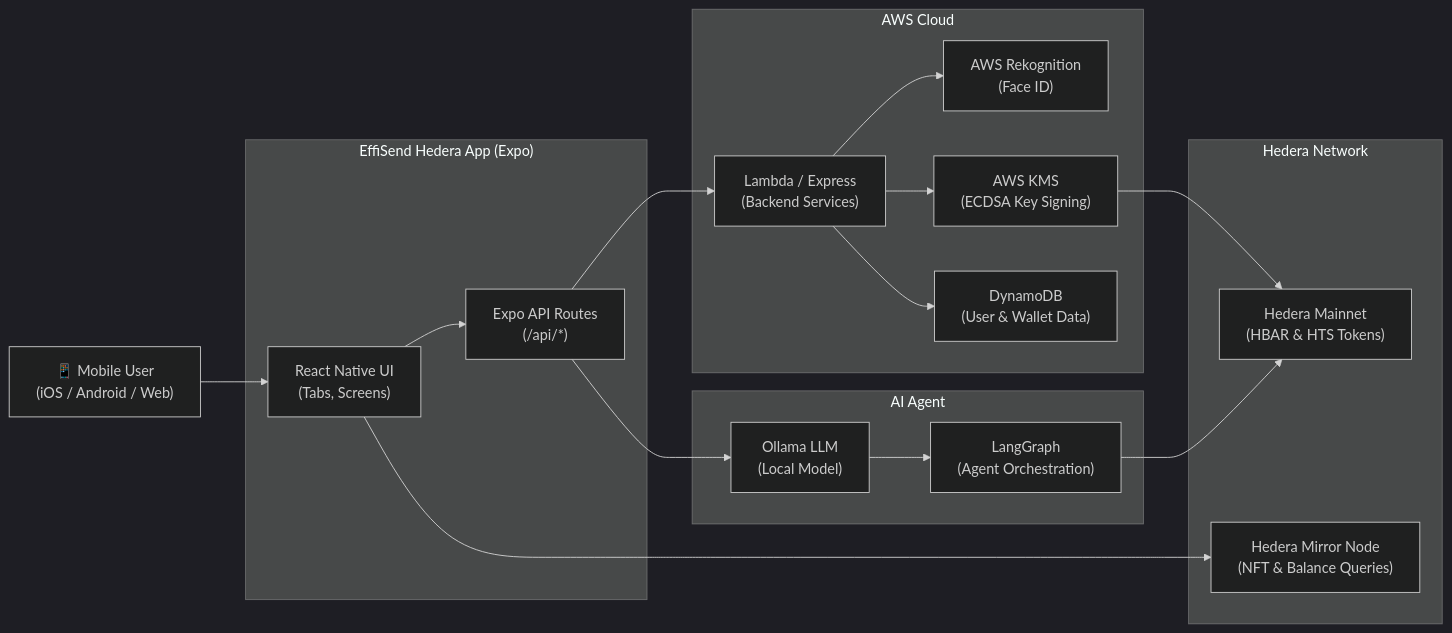
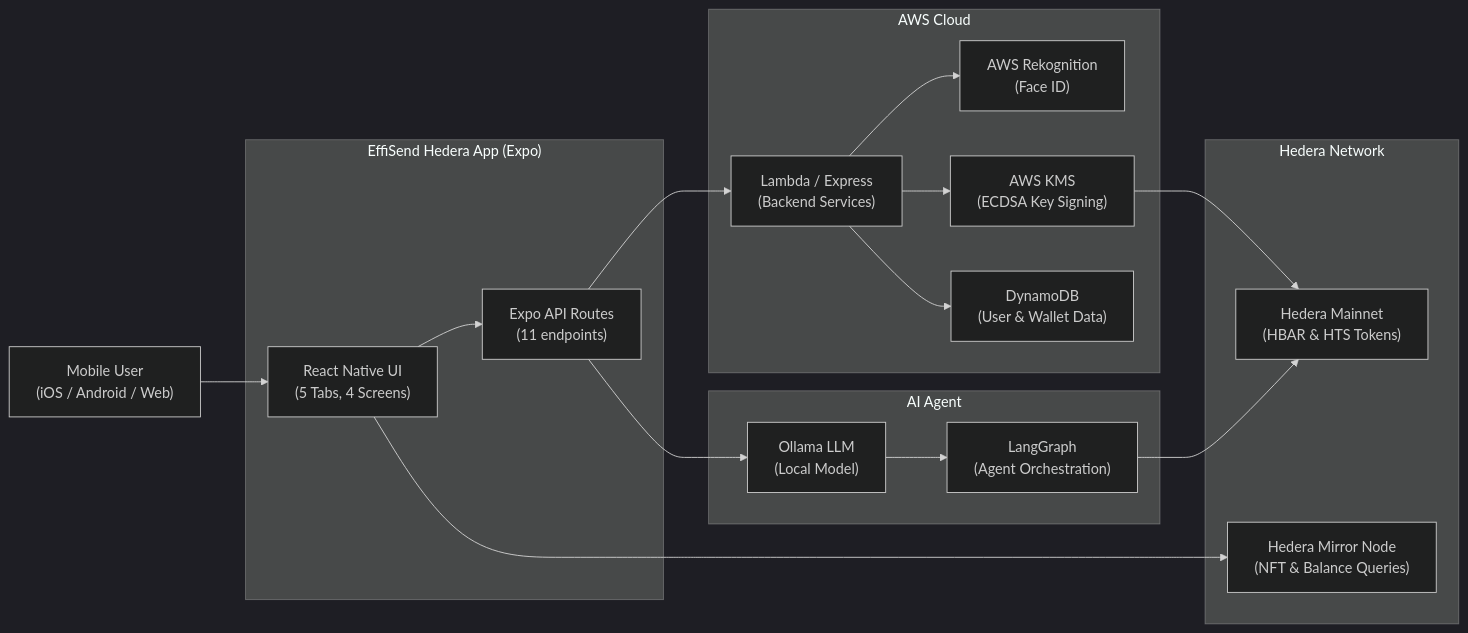
The diagram in README.md (MasteraSnackin/VoicePay), drawn with Mermaid (dark theme) before and after one commit. The commit also changed other lines of this file, not shown here.

First line of the commit message:
[README] Complete rewrite with real screenshots, accurate API docs, full TOC

````diff
--- a/README.md
+++ b/README.md
@@ -81,38 +81,38 @@
 ```mermaid
 flowchart LR
-  User["📱 Mobile User\n(iOS / Android / Web)"]
+  User["Mobile User\n(iOS / Android / Web)"]
 
   subgraph ExpoApp["EffiSend Hedera App (Expo)"]
-    UI["React Native UI\n(Tabs, Screens)"]
-    APIRoutes["Expo API Routes\n(/api/*)"]
+    UI["React Native UI\n(5 Tabs, 4 Screens)"]
+    APIRoutes["Expo API Routes\n(11 endpoints)"]
   end
 
   subgraph AWS["AWS Cloud"]
     Rekognition["AWS Rekognition\n(Face ID)"]
     KMS["AWS KMS\n(ECDSA Key Signing)"]
     DynamoDB["DynamoDB\n(User & Wallet Data)"]
     Lambda["Lambda / Express\n(Backend Services)"]
   end
 
   subgraph Hedera["Hedera Network"]
     HederaNode["Hedera Mainnet\n(HBAR & HTS Tokens)"]
     MirrorNode["Hedera Mirror Node\n(NFT & Balance Queries)"]
   end
 
   subgraph AI["AI Agent"]
     Ollama["Ollama LLM\n(Local Model)"]
     LangGraph["LangGraph\n(Agent Orchestration)"]
   end
 
   User --> UI
   UI --> APIRoutes
   APIRoutes --> Lambda
   Lambda --> Rekognition
   Lambda --> KMS
   Lambda --> DynamoDB
   KMS --> HederaNode
   APIRoutes --> Ollama
   Ollama --> LangGraph
   LangGraph --> HederaNode
   UI --> MirrorNode
 ```
````
